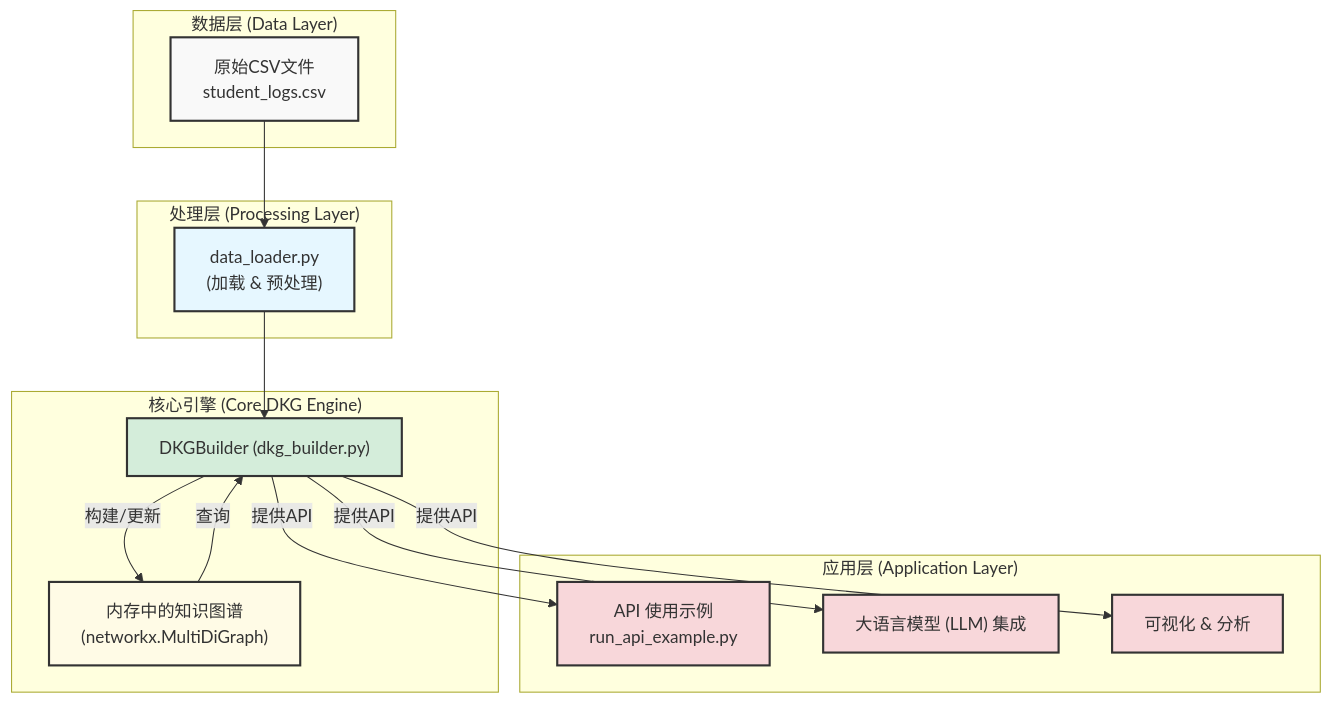
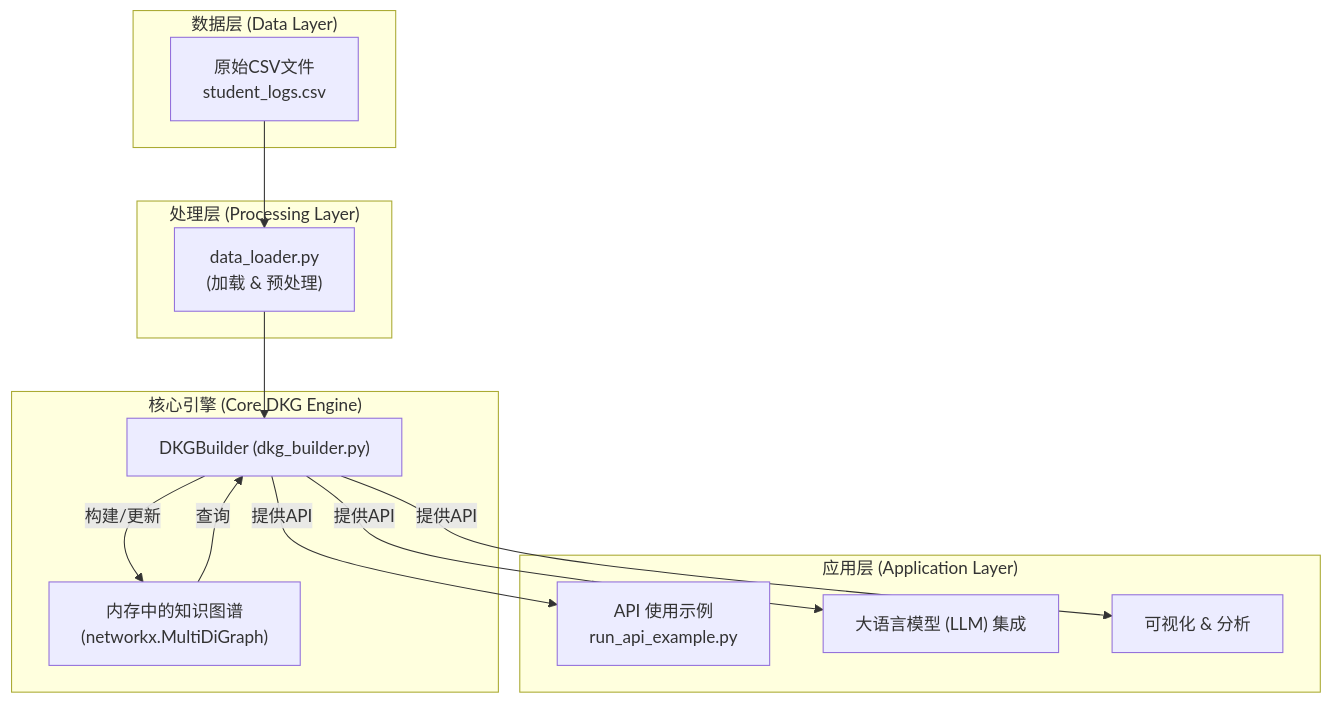
One commit to MuQY1818/DKG changed the diagram in README.md. Above: the diagram before and after it, drawn with Mermaid. The commit also changed 2 other files, not shown here.

Commit message:
Update TECHICAL_DOCUMENT

````diff
--- a/README.md
+++ b/README.md
@@ -14,37 +14,29 @@
 ```mermaid
 graph TD
     subgraph "数据层 (Data Layer)"
         A["原始CSV文件 <br> student_logs.csv"]
     end
 
     subgraph "处理层 (Processing Layer)"
         B["data_loader.py <br> (加载 & 预处理)"]
     end
 
     subgraph "核心引擎 (Core DKG Engine)"
         C["DKGBuilder (dkg_builder.py)"]
         D["内存中的知识图谱 <br> (networkx.MultiDiGraph)"]
     end
 
     subgraph "应用层 (Application Layer)"
         E["API 使用示例 <br> run_api_example.py"]
         F["大语言模型 (LLM) 集成"]
         G["可视化 & 分析"]
     end
 
     A --> B;
     B --> C;
     C -- "构建/更新" --> D;
     D -- "查询" --> C;
     C -- "提供API" --> E;
     C -- "提供API" --> F;
     C -- "提供API" --> G;
-
-    style A fill:#f9f9f9,stroke:#333,stroke-width:2px
-    style B fill:#e6f7ff,stroke:#333,stroke-width:2px
-    style C fill:#d4edda,stroke:#333,stroke-width:2px
-    style D fill:#fffbe6,stroke:#333,stroke-width:2px
-    style E fill:#f8d7da,stroke:#333,stroke-width:2px
-    style F fill:#f8d7da,stroke:#333,stroke-width:2px
-    style G fill:#f8d7da,stroke:#333,stroke-width:2px
 ```
````
